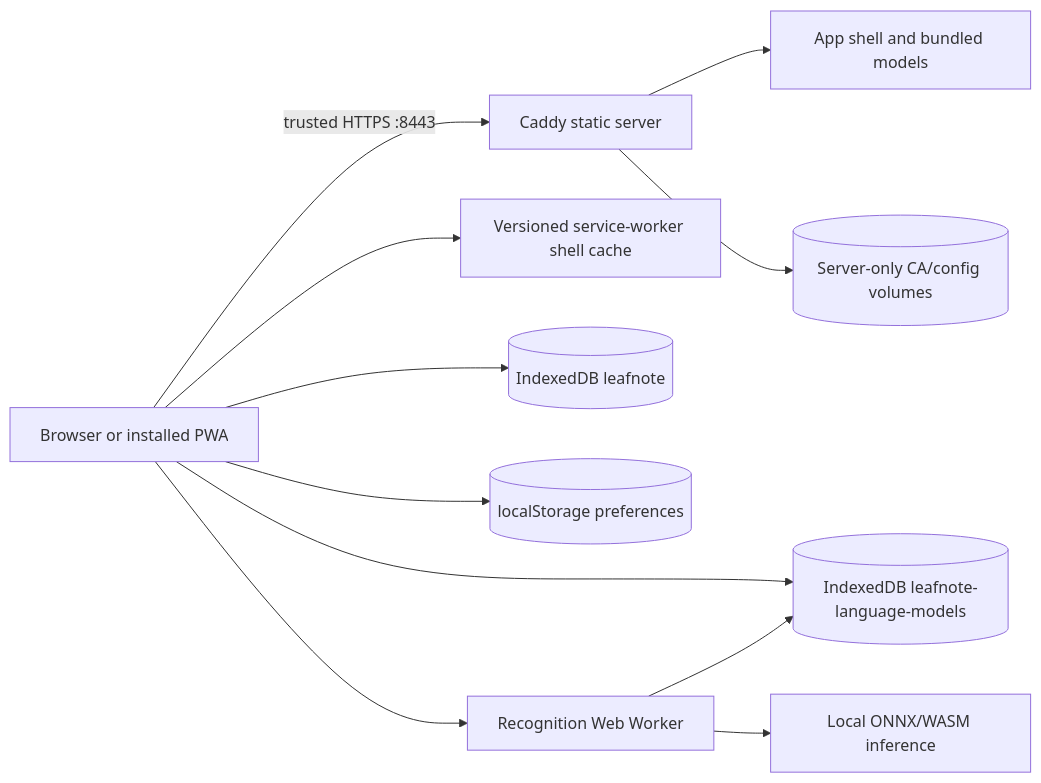
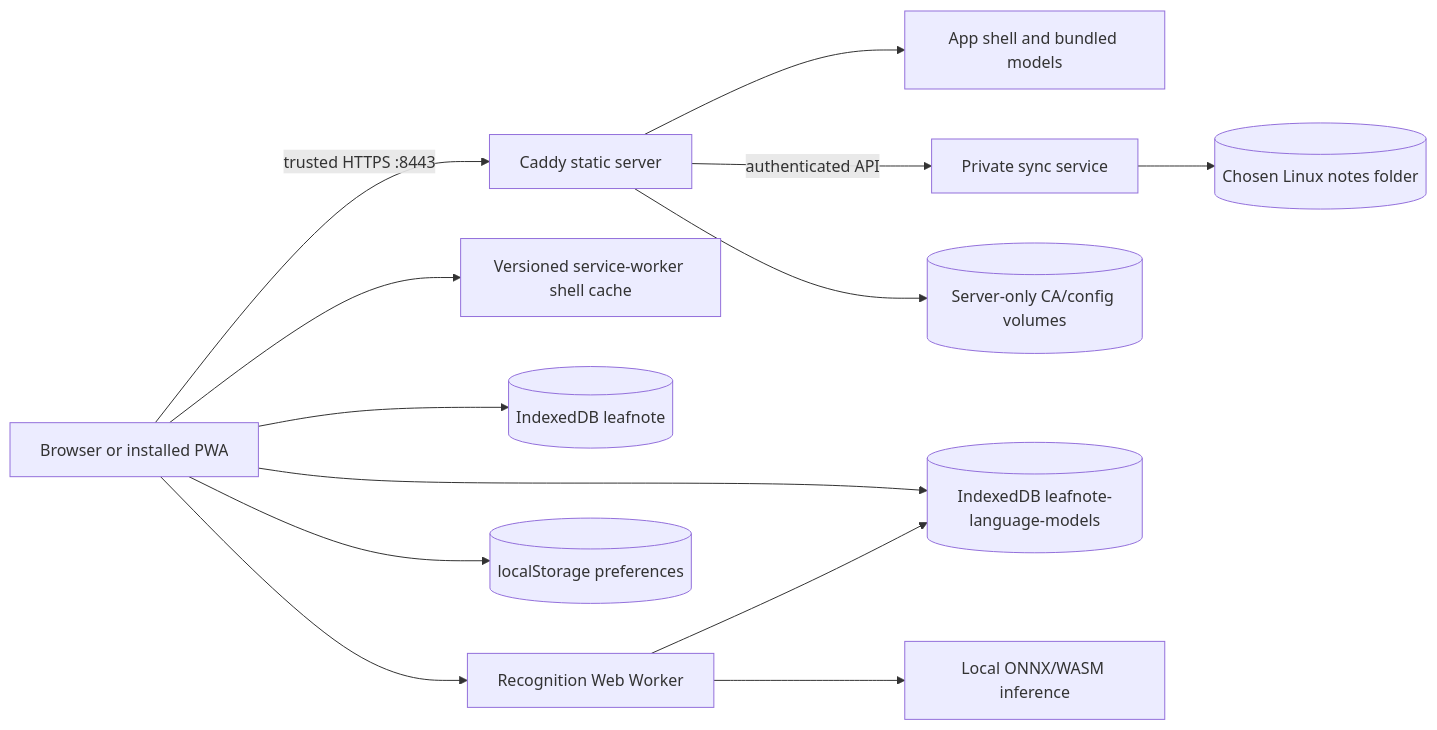
The first of 6 diagrams in docs/ARCHITECTURE.md (uttampc1/leafnote), drawn with Mermaid before and after one commit. The commit also changed other lines of this file and 40 other files, not shown here.

Commit message:
Add optional offline-first Linux folder synchronization

````diff
--- a/docs/ARCHITECTURE.md
+++ b/docs/ARCHITECTURE.md
@@ -5,13 +5,15 @@
 ```mermaid
 flowchart LR
   Client[Browser or installed PWA] -->|trusted HTTPS :8443| Caddy[Caddy static server]
   Caddy --> Files[App shell and bundled models]
+  Caddy -->|authenticated API| Sync[Private sync service]
+  Sync --> ServerNotes[(Chosen Linux notes folder)]
   Client --> SW[Versioned service-worker shell cache]
   Client --> Notes[(IndexedDB leafnote)]
   Client --> Models[(IndexedDB leafnote-language-models)]
   Client --> Prefs[(localStorage preferences)]
   Client --> Worker[Recognition Web Worker]
   Worker --> Models
   Worker --> WASM[Local ONNX/WASM inference]
   Caddy --> CA[(Server-only CA/config volumes)]
 ```
````
